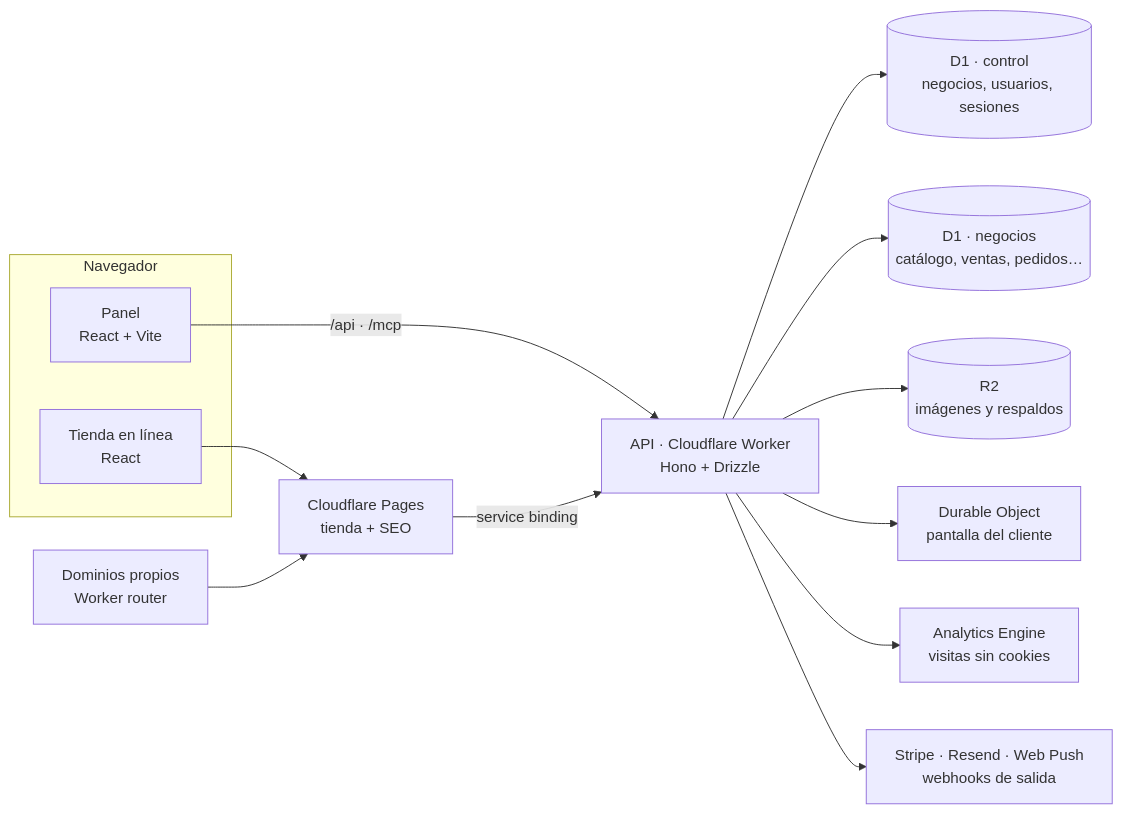
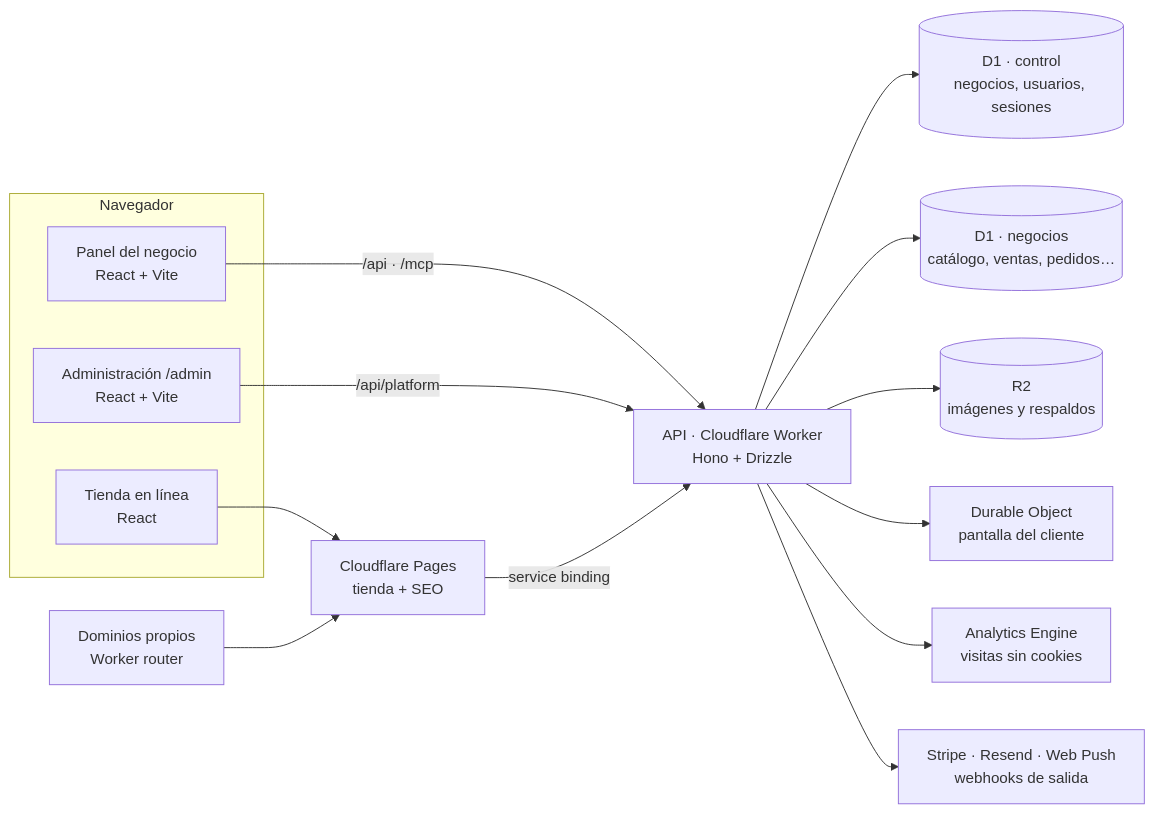
The diagram in README.md (otredev/nexo-commerce), drawn with Mermaid before and after one commit. The commit also changed other lines of this file and 63 other files, not shown here.

Commit message:
feat: panel de administración aparte (/admin) con soporte por tickets

````diff
--- a/README.md
+++ b/README.md
@@ -47,18 +47,20 @@
 ```mermaid
 flowchart LR
   subgraph Navegador
-    P["Panel<br/>React + Vite"]
+    P["Panel del negocio<br/>React + Vite"]
+    A["Administración /admin<br/>React + Vite"]
     T["Tienda en línea<br/>React"]
   end
   DP["Dominios propios<br/>Worker router"] --> PG
   T --> PG["Cloudflare Pages<br/>tienda + SEO"]
   P -- "/api · /mcp" --> W
+  A -- "/api/platform" --> W
   PG -- "service binding" --> W
   W["API · Cloudflare Worker<br/>Hono + Drizzle"]
   W --> C[("D1 · control<br/>negocios, usuarios, sesiones")]
   W --> N[("D1 · negocios<br/>catálogo, ventas, pedidos…")]
   W --> R[("R2<br/>imágenes y respaldos")]
   W --> DO["Durable Object<br/>pantalla del cliente"]
   W --> AE["Analytics Engine<br/>visitas sin cookies"]
   W --> X["Stripe · Resend · Web Push<br/>webhooks de salida"]
 ```
````
